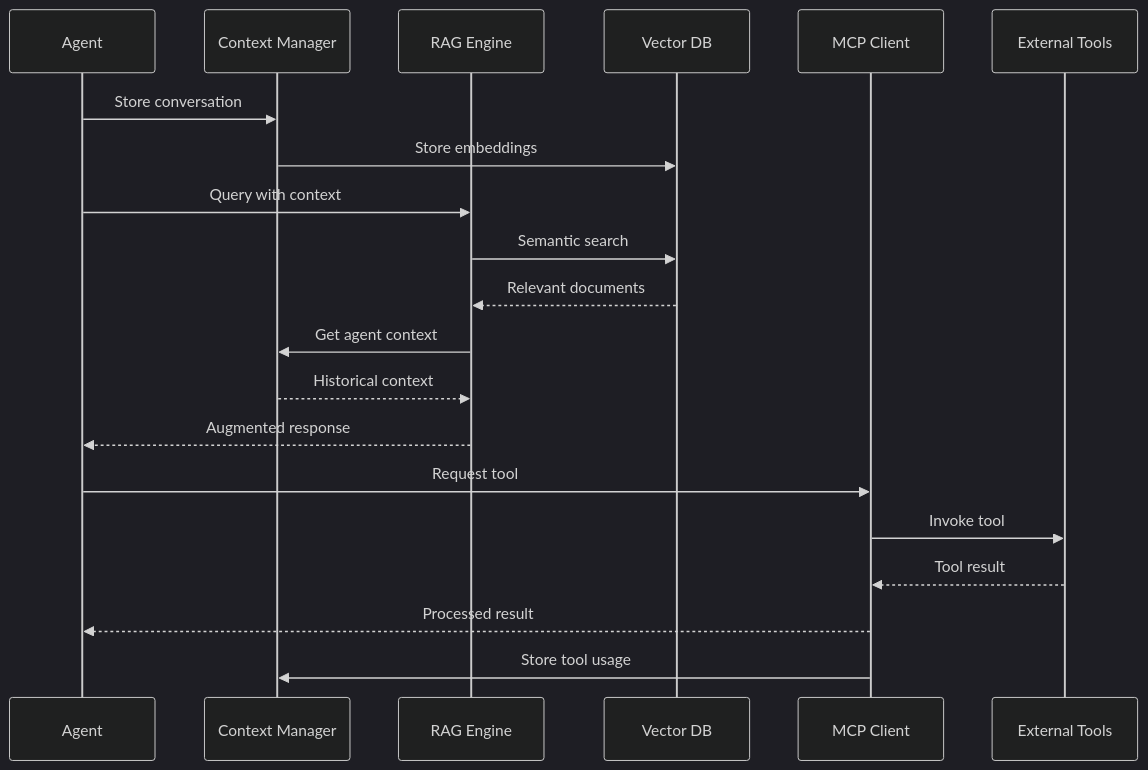
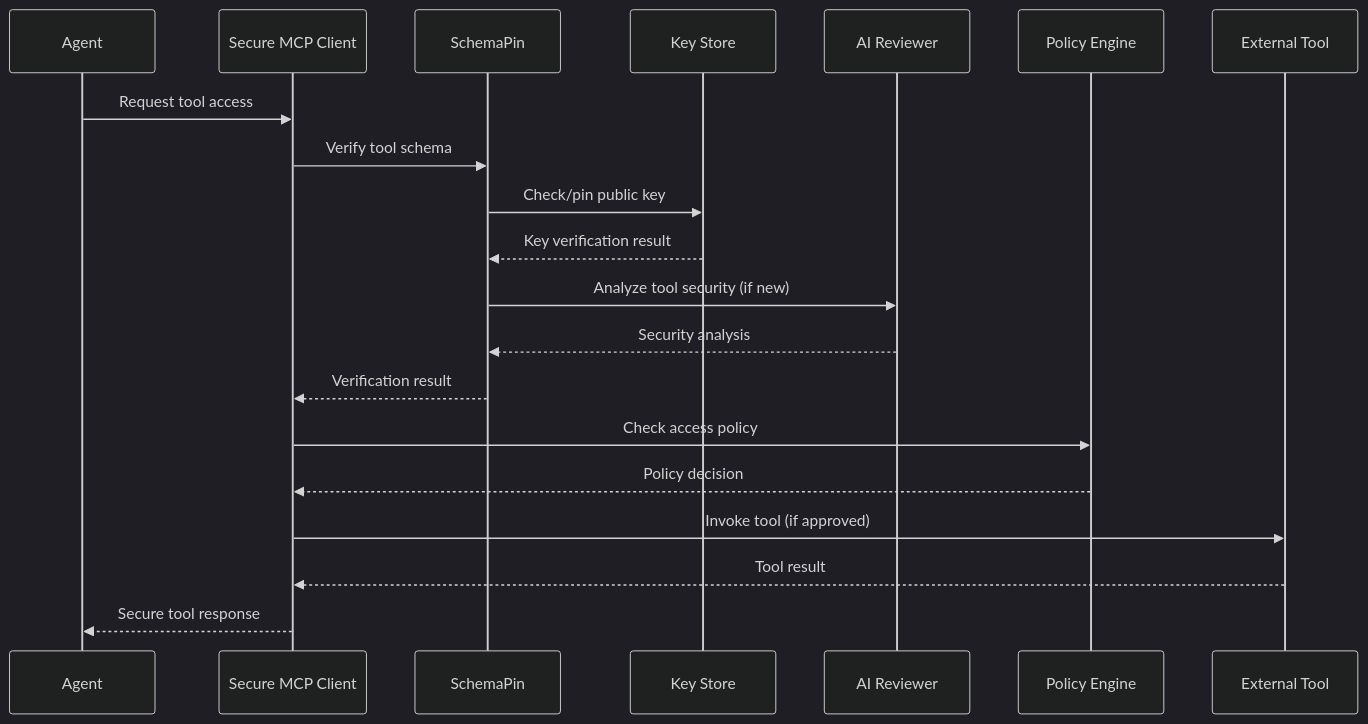
One commit to ThirdKeyAI/Symbiont changed the second of 2 diagrams in IMPLEMENTATION_PLAN_EXTENDED.md. Above: the diagram before and after it, drawn with Mermaid (dark theme). The commit also changed other lines of this file and 2 other files, not shown here.

````diff
--- a/IMPLEMENTATION_PLAN_EXTENDED.md
+++ b/IMPLEMENTATION_PLAN_EXTENDED.md
@@ -331,25 +313,23 @@
 ```mermaid
 sequenceDiagram
     participant Agent
-    participant Context as Context Manager
-    participant RAG as RAG Engine
-    participant VDB as Vector DB
-    participant MCP as MCP Client
-    participant External as External Tools
+    participant MCP as Secure MCP Client
+    participant SP as SchemaPin
+    participant KS as Key Store
+    participant AI as AI Reviewer
+    participant PE as Policy Engine
+    participant Tool as External Tool
     
-    Agent->>Context: Store conversation
-    Context->>VDB: Store embeddings
-    
-    Agent->>RAG: Query with context
-    RAG->>VDB: Semantic search
-    VDB-->>RAG: Relevant documents
-    RAG->>Context: Get agent context
-    Context-->>RAG: Historical context
-    RAG-->>Agent: Augmented response
-    
-    Agent->>MCP: Request tool
-    MCP->>External: Invoke tool
-    External-->>MCP: Tool result
-    MCP-->>Agent: Processed result
-    MCP->>Context: Store tool usage
+    Agent->>MCP: Request tool access
+    MCP->>SP: Verify tool schema
+    SP->>KS: Check/pin public key
+    KS-->>SP: Key verification result
+    SP->>AI: Analyze tool security (if new)
+    AI-->>SP: Security analysis
+    SP-->>MCP: Verification result
+    MCP->>PE: Check access policy
+    PE-->>MCP: Policy decision
+    MCP->>Tool: Invoke tool (if approved)
+    Tool-->>MCP: Tool result
+    MCP-->>Agent: Secure tool response
 ```
````
